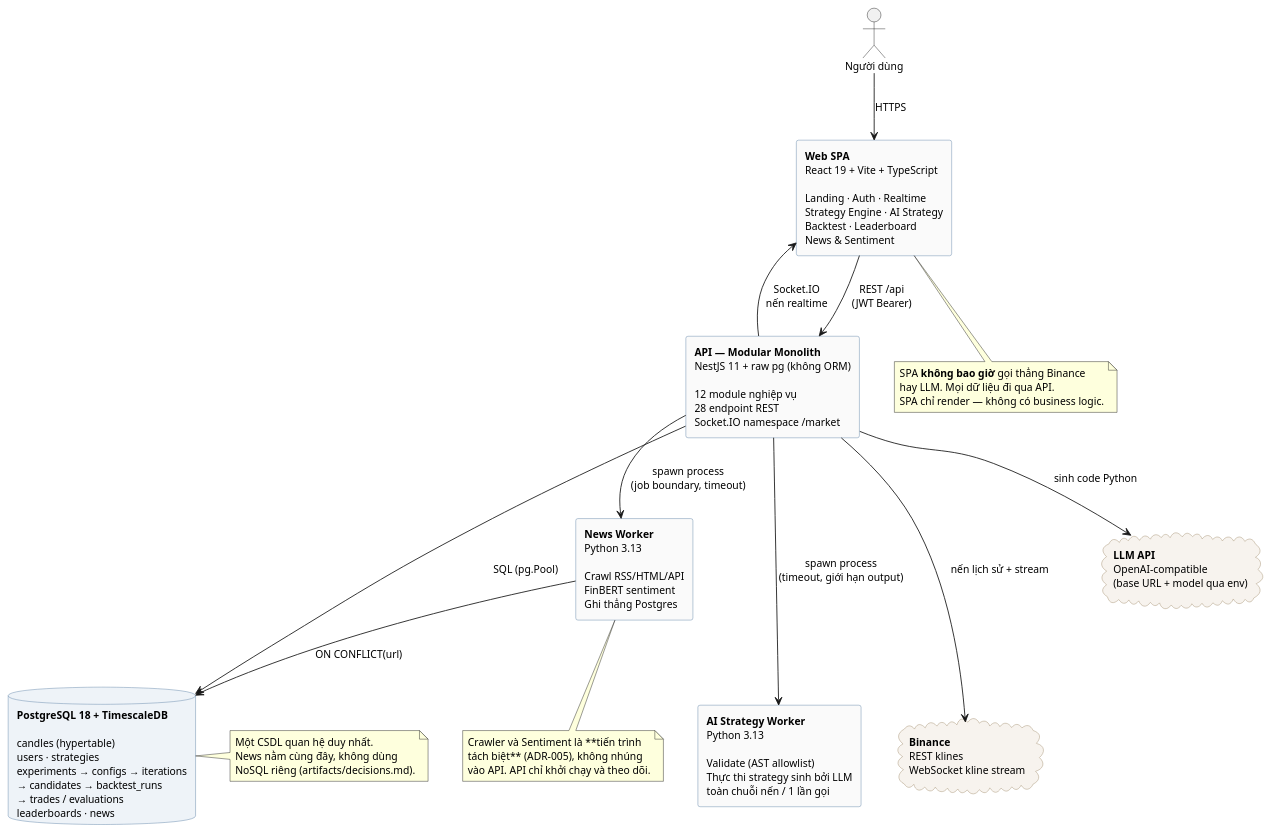
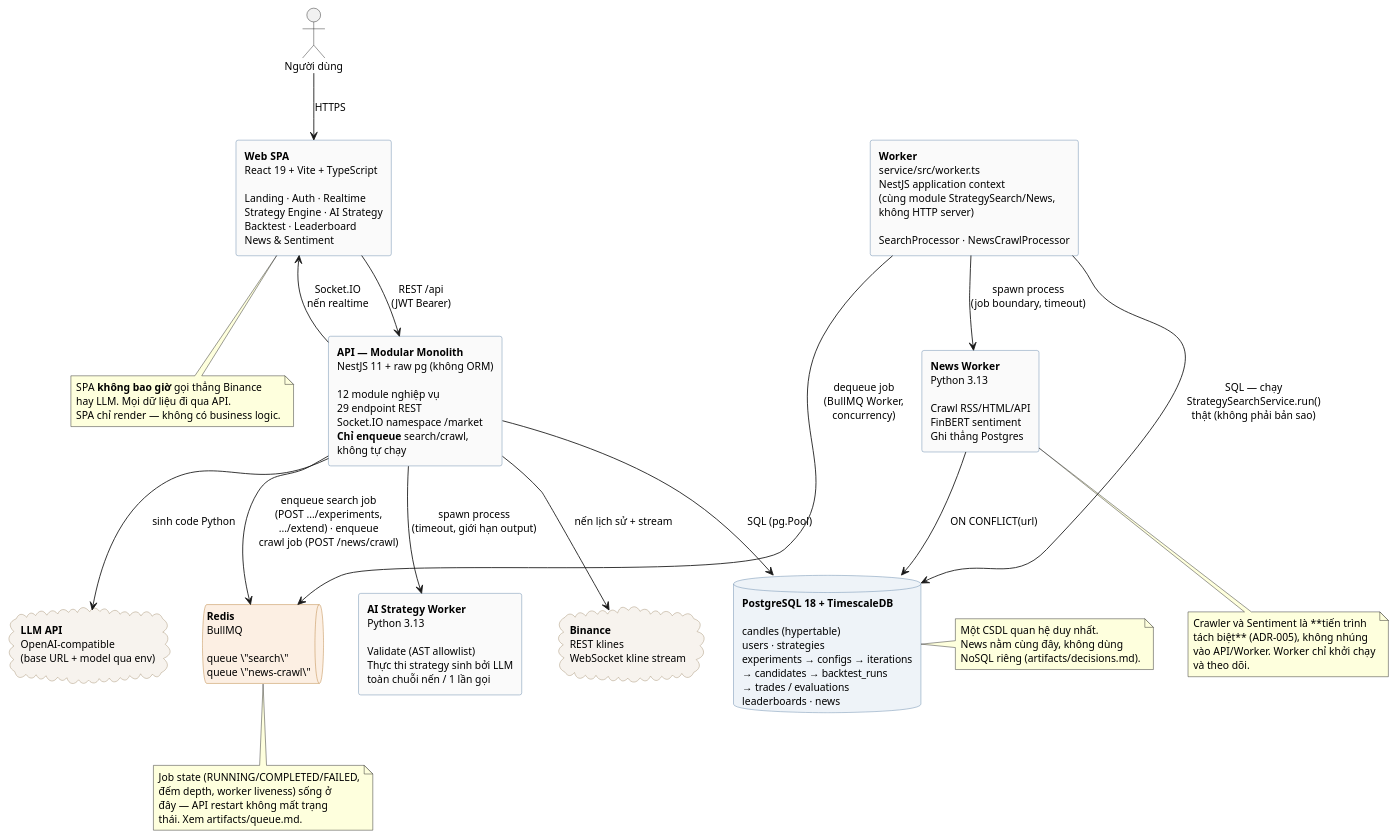
The diagram in artifacts/architecture-container.puml (huynhgiaau27112005/crypto-strategy-lab), drawn with PlantUML before and after one commit. The commit also changed 31 other files, not shown here.

First line of the commit message:
feat(queue): move search & crawl execution to a BullMQ worker process

```diff
--- a/artifacts/architecture-container.puml
+++ b/artifacts/architecture-container.puml
@@ -1,73 +1,93 @@
 @startuml crypto-strategy-lab-container
 ' Crypto Strategy Lab — Container view (C4 mức 2)
 ' Dùng để MỞ ĐẦU phần trình bày: ai chạy ở đâu, nói chuyện với nhau bằng gì.
 ' Bản chi tiết từng component nằm ở architecture.puml.
 
 skinparam componentStyle rectangle
 skinparam shadowing false
 skinparam defaultFontName "Helvetica"
 skinparam defaultFontSize 12
 skinparam nodesep 40
 skinparam ranksep 60
 skinparam rectangle {
   BackgroundColor #FAFAFA
   BorderColor #597EA3
 }
 skinparam database {
   BackgroundColor #EEF3F8
   BorderColor #597EA3
 }
 skinparam cloud {
   BackgroundColor #F7F3EE
   BorderColor #A08A6A
 }
+skinparam queue {
+  BackgroundColor #FCEFE3
+  BorderColor #B5772E
+}
 
 actor "Người dùng" as USER
 
 rectangle "**Web SPA**\nReact 19 + Vite + TypeScript\n\nLanding · Auth · Realtime\nStrategy Engine · AI Strategy\nBacktest · Leaderboard\nNews & Sentiment" as SPA
 
-rectangle "**API — Modular Monolith**\nNestJS 11 + raw pg (không ORM)\n\n12 module nghiệp vụ\n28 endpoint REST\nSocket.IO namespace /market" as API
+rectangle "**API — Modular Monolith**\nNestJS 11 + raw pg (không ORM)\n\n12 module nghiệp vụ\n29 endpoint REST\nSocket.IO namespace /market\n**Chỉ enqueue** search/crawl,\nkhông tự chạy" as API
+
+queue "**Redis**\nBullMQ\n\nqueue \"search\"\nqueue \"news-crawl\"" as REDIS
+
+rectangle "**Worker**\nservice/src/worker.ts\nNestJS application context\n(cùng module StrategySearch/News,\nkhông HTTP server)\n\nSearchProcessor · NewsCrawlProcessor" as WORKER
 
 rectangle "**News Worker**\nPython 3.13\n\nCrawl RSS/HTML/API\nFinBERT sentiment\nGhi thẳng Postgres" as W_NEWS
 
 rectangle "**AI Strategy Worker**\nPython 3.13\n\nValidate (AST allowlist)\nThực thi strategy sinh bởi LLM\ntoàn chuỗi nến / 1 lần gọi" as W_AI
 
 database "**PostgreSQL 18 + TimescaleDB**\n\ncandles (hypertable)\nusers · strategies\nexperiments → configs → iterations\n→ candidates → backtest_runs\n→ trades / evaluations\nleaderboards · news" as PG
 
 cloud "**Binance**\nREST klines\nWebSocket kline stream" as BINANCE
 cloud "**LLM API**\nOpenAI-compatible\n(base URL + model qua env)" as LLM
 
 USER --> SPA : HTTPS
 
 SPA --> API : REST /api\n(JWT Bearer)
 SPA <-- API : Socket.IO\nnến realtime
 
 API --> PG : SQL (pg.Pool)
 API --> BINANCE : nến lịch sử + stream
 API --> LLM : sinh code Python
-API --> W_NEWS : spawn process\n(job boundary, timeout)
+API --> REDIS : enqueue search job\n(POST .../experiments,\n.../extend) · enqueue\ncrawl job (POST /news/crawl)
 API --> W_AI : spawn process\n(timeout, giới hạn output)
+
+WORKER --> REDIS : dequeue job\n(BullMQ Worker,\nconcurrency)
+WORKER --> PG : SQL — chạy\nStrategySearchService.run()\nthật (không phải bản sao)
+WORKER --> W_NEWS : spawn process\n(job boundary, timeout)
 
 W_NEWS --> PG : ON CONFLICT(url)
 W_NEWS --> BINANCE #line:transparent
 W_NEWS -[hidden]-> W_AI
 
 note bottom of SPA
   SPA **không bao giờ** gọi thẳng Binance
   hay LLM. Mọi dữ liệu đi qua API.
   SPA chỉ render — không có business logic.
 end note
 
+note bottom of REDIS
+  Job state (RUNNING/COMPLETED/FAILED,
+  đếm depth, worker liveness) sống ở
+  đây — API restart không mất trạng
+  thái. Xem artifacts/queue.md.
+end note
+
 note bottom of W_NEWS
   Crawler và Sentiment là **tiến trình
   tách biệt** (ADR-005), không nhúng
-  vào API. API chỉ khởi chạy và theo dõi.
+  vào API/Worker. Worker chỉ khởi chạy
+  và theo dõi.
 end note
 
 note right of PG
   Một CSDL quan hệ duy nhất.
   News nằm cùng đây, không dùng
   NoSQL riêng (artifacts/decisions.md).
 end note
 
 @enduml
```
